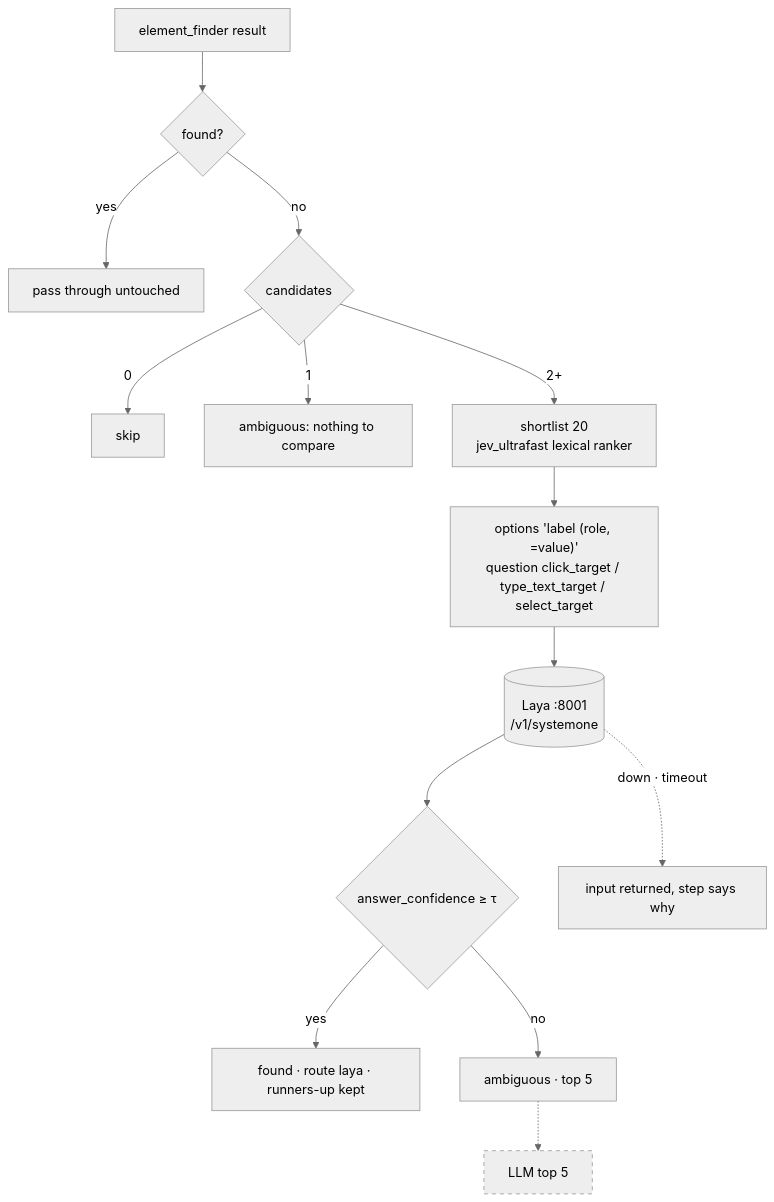
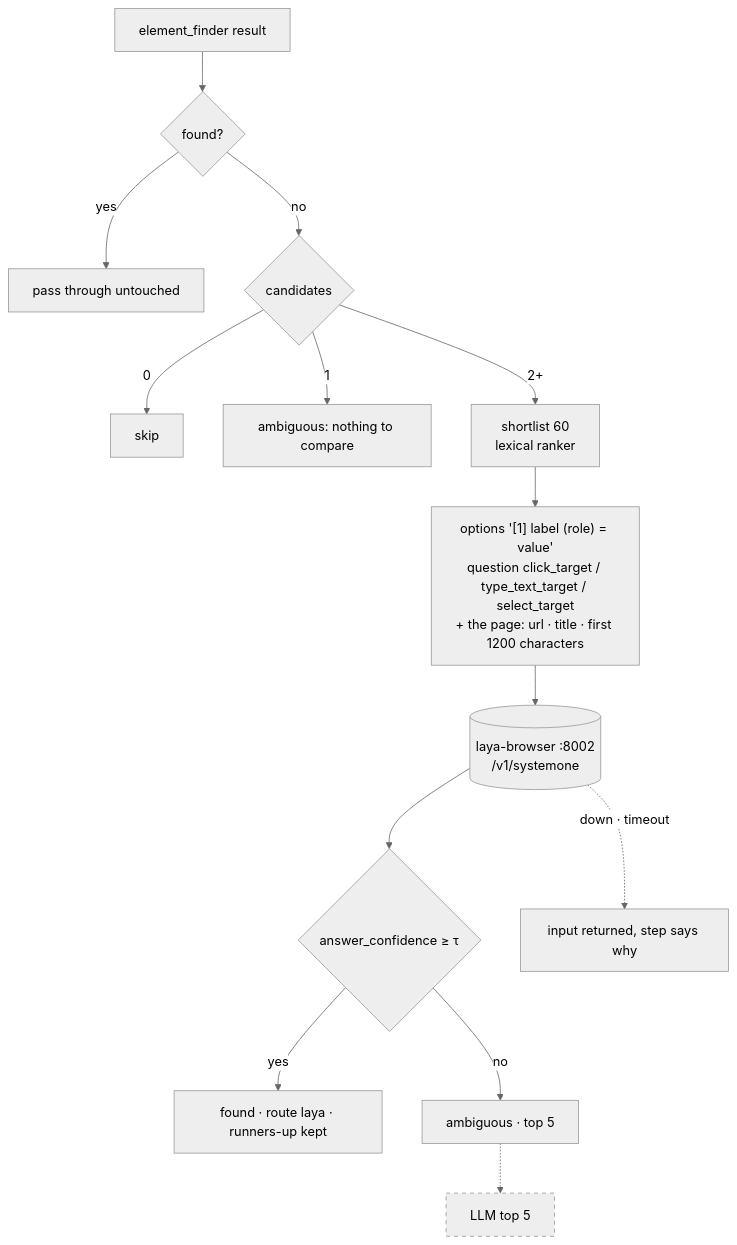
Diagram 17 of 26 in Documentations/ArchitectureV2.md (rayenamer/THUNDER-X), drawn with Mermaid (neutral theme) before and after one commit. The commit also changed other lines of this file and 16 other files, not shown here.

Commit message:
fix/ui fix/architecture

````diff
--- a/Documentations/ArchitectureV2.md
+++ b/Documentations/ArchitectureV2.md
@@ -258,17 +270,17 @@
 ```mermaid
 flowchart TB
     IN[element_finder result] --> Q{found?}
     Q -->|yes| PASS[pass through untouched]
     Q -->|no| C{candidates}
     C -->|0| SK[skip]
     C -->|1| ONE[ambiguous: nothing to compare]
-    C -->|2+| SL[shortlist 20<br/>jev_ultrafast lexical ranker]
-    SL --> FMT["options 'label (role, =value)'<br/>question click_target / type_text_target / select_target"]
-    FMT --> L[(Laya :8001<br/>/v1/systemone)]
+    C -->|2+| SL[shortlist 60<br/>lexical ranker]
+    SL --> FMT["options '[1] label (role) = value'<br/>question click_target / type_text_target / select_target<br/>+ the page: url · title · first 1200 characters"]
+    FMT --> L[(laya-browser :8002<br/>/v1/systemone)]
     L --> CF{answer_confidence ≥ τ}
     CF -->|yes| FOUND[found · route laya · runners-up kept]
     CF -->|no| AMB[ambiguous · top 5]
     AMB -.-> LLM[LLM top 5]:::planned
     L -.->|down · timeout| PASS2[input returned, step says why]
     classDef planned stroke-dasharray: 5 5
 ```
````
